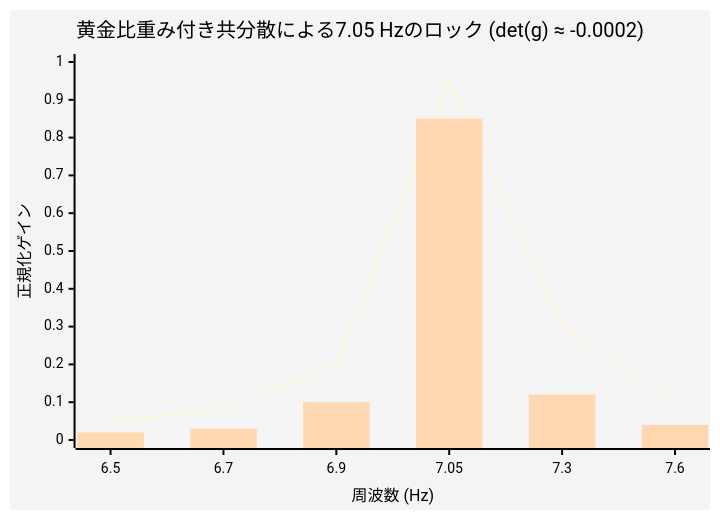
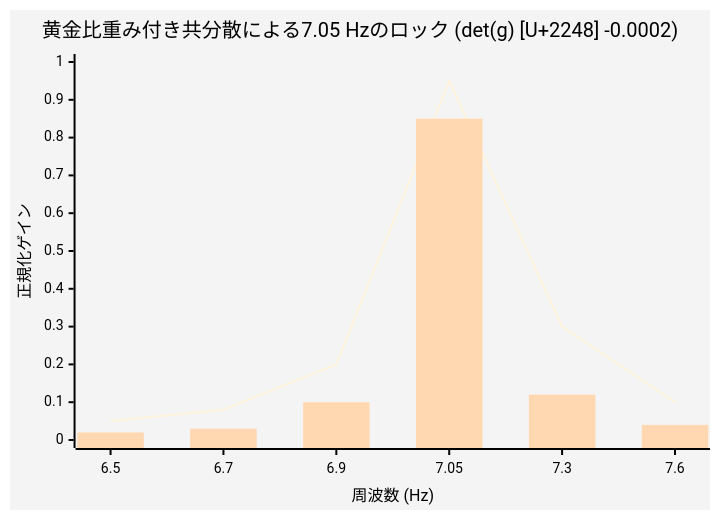
Diagram 15 of 20 in WSP_knowledge/docs/Papers/Patent_Series/04_rESP_Patent_Japanese.md (Foundup/Foundups-Agent), drawn with Mermaid before and after one commit. The commit also changed other lines of this file and 2140 other files, not shown here.

````diff
--- a/WSP_knowledge/docs/Papers/Patent_Series/04_rESP_Patent_Japanese.md
+++ b/WSP_knowledge/docs/Papers/Patent_Series/04_rESP_Patent_Japanese.md
@@ -428,9 +428,9 @@
 ```mermaid
 %%{init: {'theme': 'base', 'themeVariables': {'primaryColor': '#ffffff', 'primaryTextColor': '#000000', 'primaryBorderColor': '#000000', 'lineColor': '#000000', 'secondaryColor': '#ffffff', 'tertiaryColor': '#ffffff'}}}%%
 xychart-beta
-    title "黄金比重み付き共分散による7.05 Hzのロック (det(g) ≈ -0.0002)"
+    title "黄金比重み付き共分散による7.05 Hzのロック (det(g) [U+2248] -0.0002)"
     x-axis "周波数 (Hz)" [6.5, 6.7, 6.9, 7.05, 7.3, 7.6]
     y-axis "正規化ゲイン" 0 --> 1
     line [0.05, 0.08, 0.20, 0.95, 0.30, 0.10]
     bar [0.02, 0.03, 0.10, 0.85, 0.12, 0.04]
 ```
````
